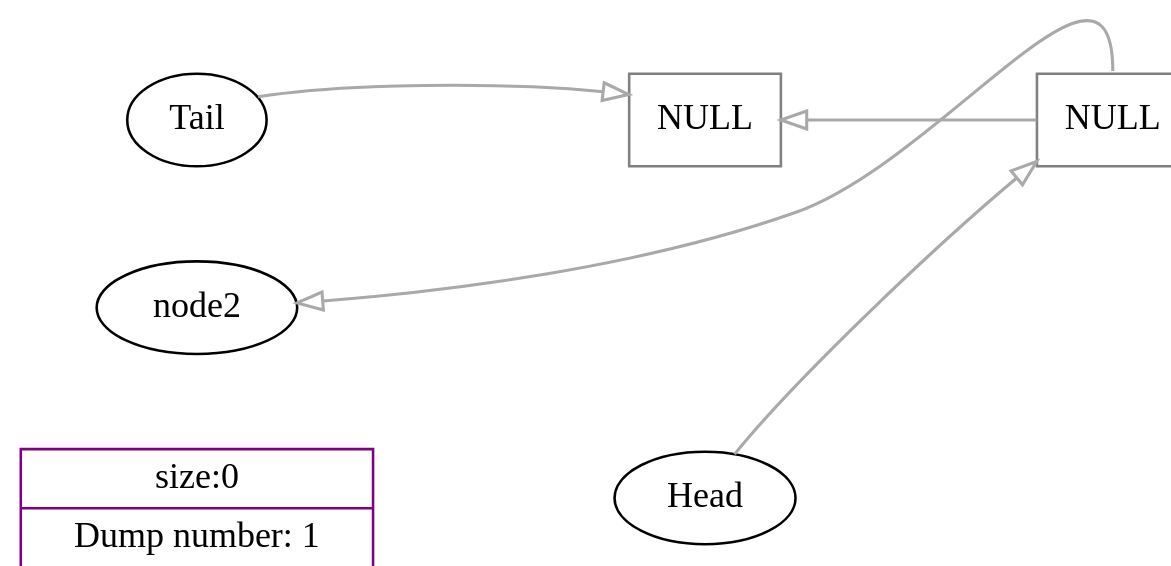
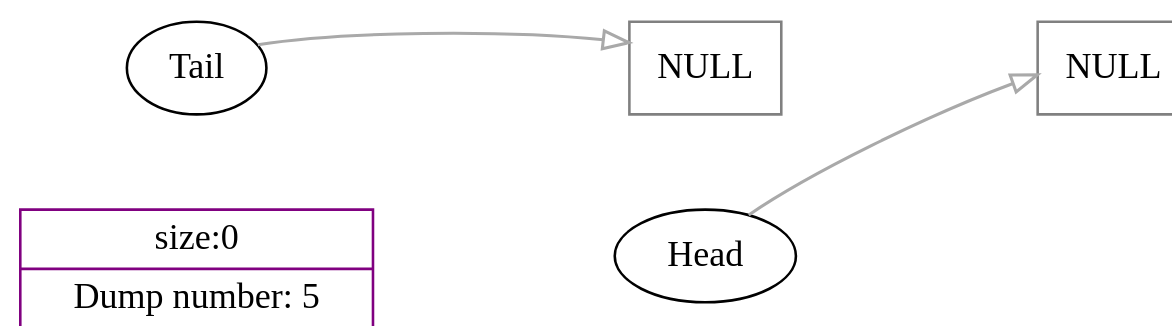
Before and after one commit to VictorBerbenets/List_On_Pointers: the diagram in data/list.dot, drawn with Graphviz. The commit also changed 10 other files, not shown here.

Commit message:
Graphviz

```diff
--- a/data/list.dot
+++ b/data/list.dot
@@ -1,24 +1,23 @@
 digraph List {
 	dpi = 100;
 	fontname = "Comic Sans MS";
 	fontsize = 20;
 	rankdir  = LR;
 graph [fillcolor = lightgreen, ranksep = 1.3, nodesep = 0.5, style = "rounded", color = green, penwidth = 2];
 edge [color = darkgrey, arrowhead = onormal, arrowsize = 1, penwidth = 1.2];
-List_Inform [shape = record, color = purple, style = solid, label = "size:0 | Dump number: 1"]
+List_Inform [shape = record, color = purple, style = solid, label = "size:0 | Dump number: 5"]
 
 node1 [shape = record, color = red, style = solid, label = "logic id:1|<p> prev:(nil)| value:3.73593e+09|<n>next:(nil)"]
 node0 [shape = record, color = red, style = solid, label = "logic id:0|<p> prev:(nil)| value:3.73593e+09|<n>next:(nil)"]
 node0 [shape = record, color = grey, style = solid, label = "NULL"]
 node1 [shape = record, color = grey, style = solid, label = "NULL"]
 
 
 
 edge[style=invis, constraint = true]
 Head -> node1
 Tail -> node0 -> node1
 node0 -> node1
-edge[style=solid, constraint = false]node1:p -> node0;node1:n  -> node2
-Head -> node1
+edge[style=solid, constraint = false]Head -> node1
 Tail -> node0
 }
```
